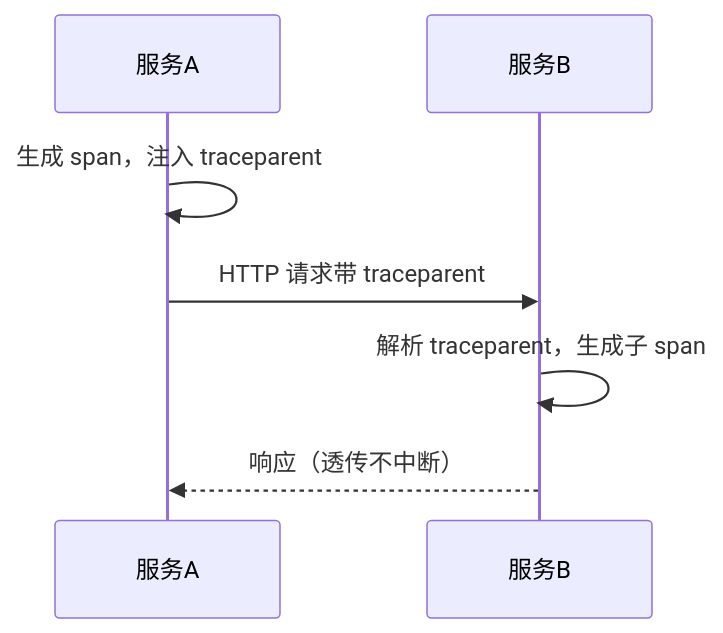
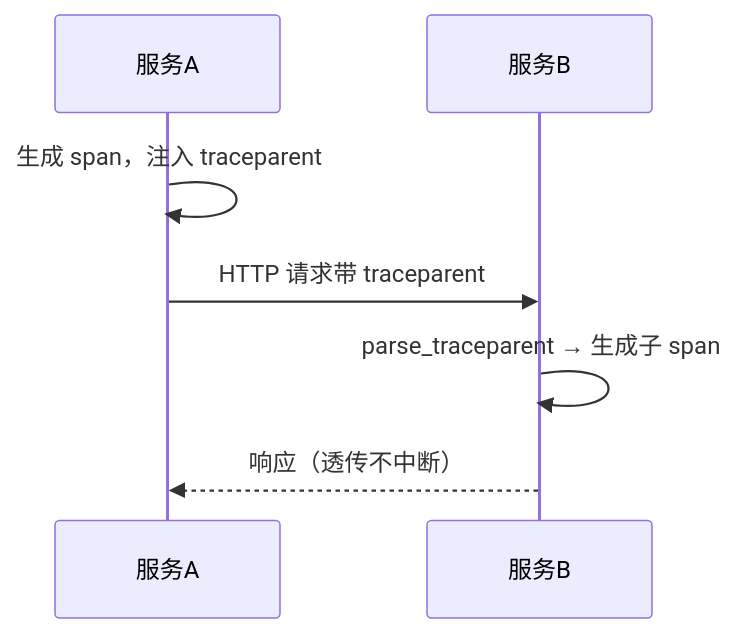
One commit to Loadhao/ascension changed the second of 2 diagrams in src/content/docs/distributed/advanced/observability/01-distributed-tracing.md. Above: the diagram before and after it, drawn with Mermaid. The commit also changed other lines of this file and 4 other files, not shown here.

````diff
--- a/src/content/docs/distributed/advanced/observability/01-distributed-tracing.md
+++ b/src/content/docs/distributed/advanced/observability/01-distributed-tracing.md
@@ -36,9 +80,9 @@
 ```mermaid
 sequenceDiagram
     participant A as 服务A
     participant B as 服务B
     A->>A: 生成 span，注入 traceparent
     A->>B: HTTP 请求带 traceparent
-    B->>B: 解析 traceparent，生成子 span
+    B->>B: parse_traceparent → 生成子 span
     B-->>A: 响应（透传不中断）
 ```
````
